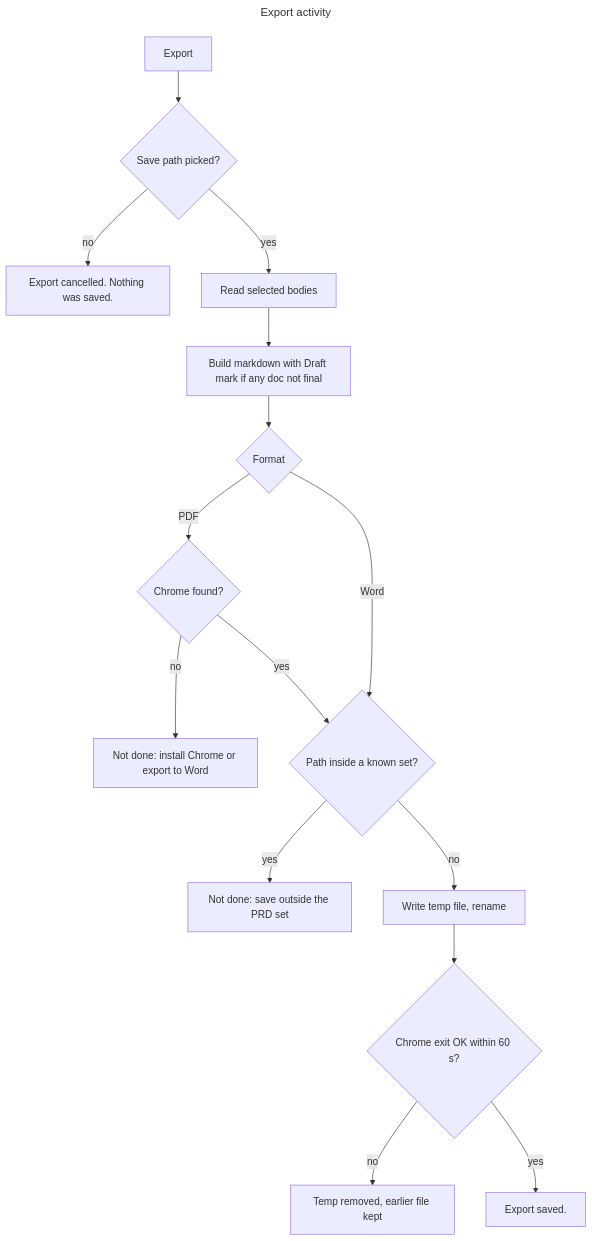
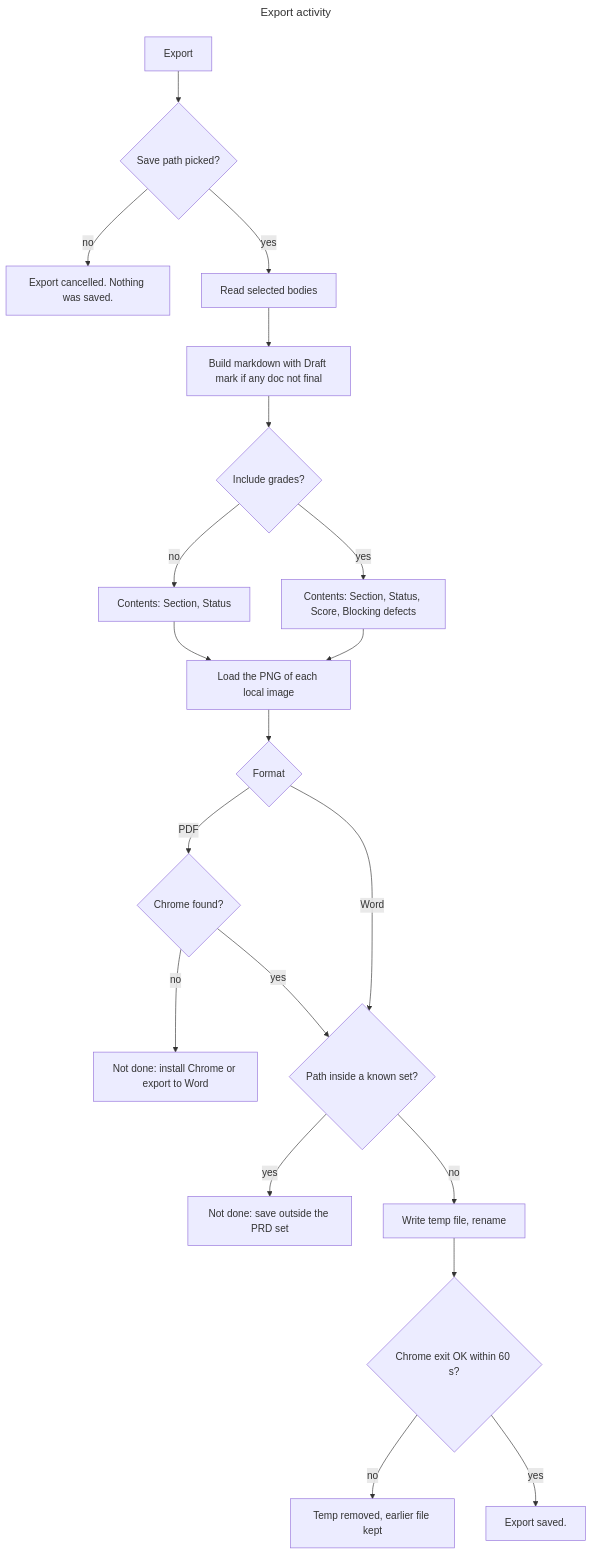
Before and after one commit to SpillwaveSolutions/prd-forge-viewer: diagram 13 of 19 in docs/designs/current_design_doc.md, drawn with Mermaid. The commit also changed other lines of this file and 8 other files, not shown here.

````diff
--- a/docs/designs/current_design_doc.md
+++ b/docs/designs/current_design_doc.md
@@ -612,20 +645,25 @@
 ```mermaid
 ---
 title: Export activity
 ---
 flowchart TD
     a[Export] --> b{Save path picked?}
     b -->|no| c[Export cancelled. Nothing was saved.]
     b -->|yes| d[Read selected bodies]
     d --> e[Build markdown with Draft mark if any doc not final]
-    e --> f{Format}
+    e --> e2{Include grades?}
+    e2 -->|no| e3[Contents: Section, Status]
+    e2 -->|yes| e4[Contents: Section, Status, Score, Blocking defects]
+    e3 --> e5[Load the PNG of each local image]
+    e4 --> e5
+    e5 --> f{Format}
     f -->|PDF| g{Chrome found?}
     g -->|no| h[Not done: install Chrome or export to Word]
     g -->|yes| i{Path inside a known set?}
     f -->|Word| i
     i -->|yes| j[Not done: save outside the PRD set]
     i -->|no| k[Write temp file, rename]
     k --> l{Chrome exit OK within 60 s?}
     l -->|no| m[Temp removed, earlier file kept]
     l -->|yes| n[Export saved.]
 ```
````
